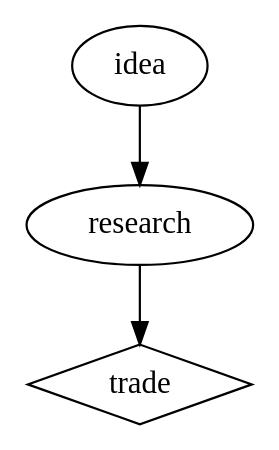
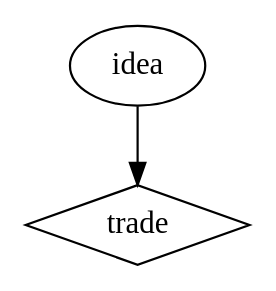
One commit to HellKaiser45/AI-trading-journal changed the diagram in trades/_template/decision_tree.dot. Above: the diagram before and after it, drawn with Graphviz. The commit also changed 6 other files, not shown here.

```diff
--- a/trades/_template/decision_tree.dot
+++ b/trades/_template/decision_tree.dot
@@ -1,14 +1,8 @@
 digraph decision {
   rankdir=TB;
-  // Every Jev answer is ONE node on ONE line with these attributes (finalize.py reads them):
-  //   gate=G1..G9   kind=choice|noul   answer=<OPTION or proposition_name>   p=<0..1>
-  // choice: answer = the selected option (UPPER_CASE), p = its probability.
-  // noul:   answer = the proposition name (lower_case), p = probability of yes.
-  // Example:  g1_a [gate=G1, kind=choice, answer=LONG, p=0.71];
-  // Other nodes (research findings, rejected alternatives) carry no gate attribute.
+  // Free-form record of the reasoning (findings, scenarios, Jev answers, rejected alternatives).
+  // No script reads this file.
   idea [label=idea];
-  research [label=research];
   decide [label=trade, shape=diamond];
-  idea -> research;
-  research -> decide;
+  idea -> decide;
 }
```
